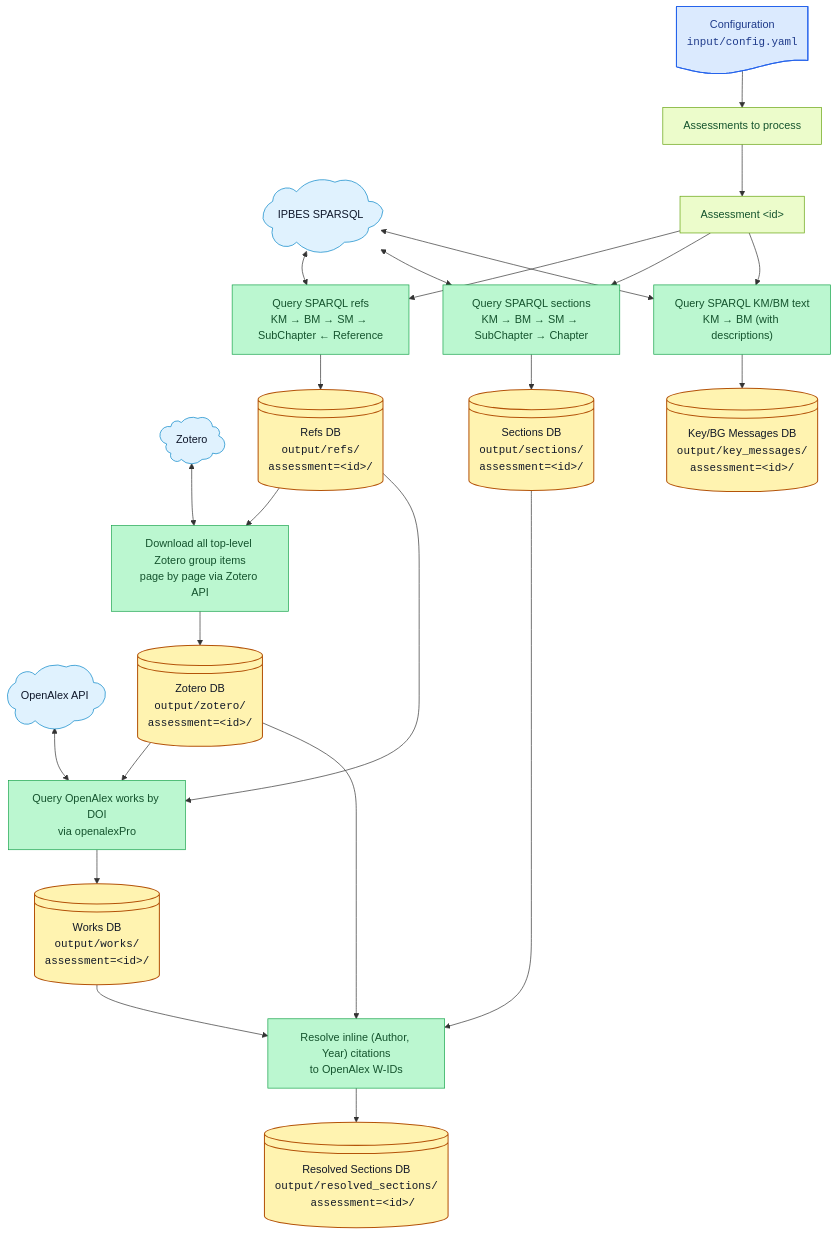
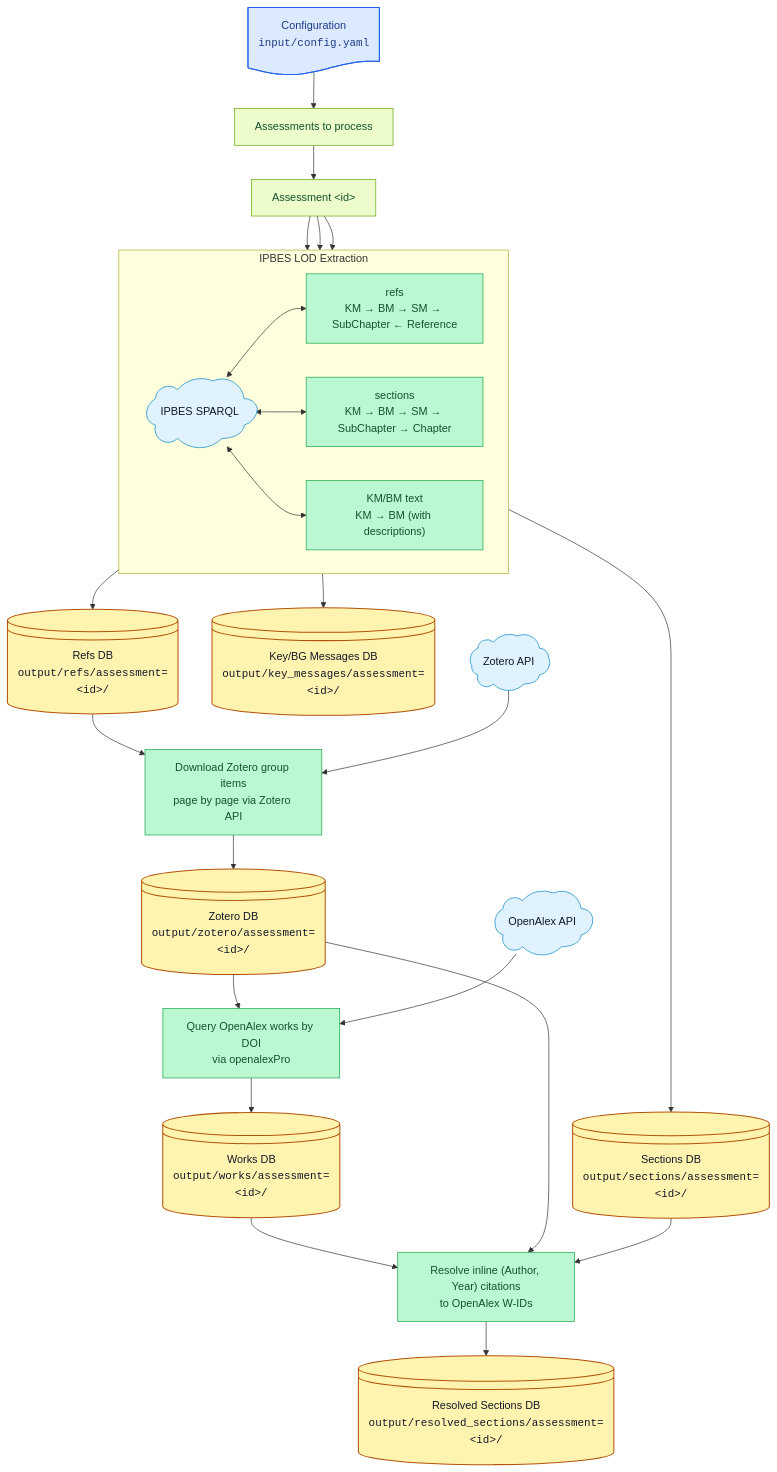
One commit to IPBES-Data/IPBES_BM_Fact_Checker changed the diagram in input/mmd/workflow.mmd. Above: the diagram before and after it, drawn with Mermaid. The commit also changed 3 other files, not shown here.

First line of the commit message:
Reorganise workflow diagram for cleaner vertical flow

```diff
--- a/input/mmd/workflow.mmd
+++ b/input/mmd/workflow.mmd
@@ -1,82 +1,54 @@
 flowchart TD
 
+  %% Configuration
+  config_file@{ shape: doc, label: "Configuration <br><tt>input/config.yaml</tt>" }
+  config_file --> assessment_list["Assessments to process"]
+  assessment_list --> assessment_id["Assessment &lt;id&gt;"]
 
-  %% External tools
-  openalex@{ shape: cloud, label: "OpenAlex API" }
-  zotero@{ shape: cloud, label: "Zotero" }
-  sparsql@{ shape: cloud, label: "IPBES SPARSQL" }  
+  %% LOD Extraction — grouped so the three parallel queries stay in one horizontal band
+  subgraph lod["IPBES LOD Extraction"]
+    direction LR
+    sparql@{ shape: cloud, label: "IPBES SPARQL" }
+    build_refs["refs<br/>KM → BM → SM → SubChapter ← Reference"]
+    build_sections["sections<br/>KM → BM → SM → SubChapter → Chapter"]
+    build_key_messages["KM/BM text<br/>KM → BM (with descriptions)"]
+    sparql <--> build_refs
+    sparql <--> build_sections
+    sparql <--> build_key_messages
+  end
 
-  %% Start
-  config_file@{ shape: doc, label: "Configuration <br><tt>input/config.yaml</tt>" }
-  assessment_list["Assessments to process"]
-  config_file --> assessment_list
+  assessment_id --> build_refs
+  assessment_id --> build_sections
+  assessment_id --> build_key_messages
 
+  build_refs        --> refs_db@{         shape: lin-cyl, label: "Refs DB<br/><tt>output/refs/assessment=&lt;id&gt;/</tt>" }
+  build_sections    --> sections_db@{     shape: lin-cyl, label: "Sections DB<br/><tt>output/sections/assessment=&lt;id&gt;/</tt>" }
+  build_key_messages --> key_messages_db@{ shape: lin-cyl, label: "Key/BG Messages DB<br/><tt>output/key_messages/assessment=&lt;id&gt;/</tt>" }
 
-  assessment_id["Assessment &lt;id&gt;"]
-  %% assessment2["Assessment &lt;id&gt;"]
+  %% Download spine
+  refs_db --> download_zotero["Download Zotero group items<br/>page by page via Zotero API"]
+  zotero_api@{ shape: cloud, label: "Zotero API" } --> download_zotero
+  download_zotero --> zotero_db@{ shape: lin-cyl, label: "Zotero DB<br/><tt>output/zotero/assessment=&lt;id&gt;/</tt>" }
 
-  assessment_list --> assessment_id
+  zotero_db --> download_works["Query OpenAlex works by DOI<br/>via openalexPro"]
+  openalex@{ shape: cloud, label: "OpenAlex API" } --> download_works
+  download_works --> works_db@{ shape: lin-cyl, label: "Works DB<br/><tt>output/works/assessment=&lt;id&gt;/</tt>" }
 
-  %% build refs
-  build_refs["Query SPARQL refs<br/>KM → BM → SM → SubChapter ← Reference"]
-  assessment_id --> build_refs
-  sparsql <--> build_refs
-  refs_db@{ shape: lin-cyl, label: "Refs DB<br/><tt>output/refs/</tt><br/><tt>  assessment=&lt;id&gt;/</tt>" }
-  build_refs --> refs_db
+  %% Resolution
+  works_db    --> resolve_citations["Resolve inline (Author, Year) citations<br/>to OpenAlex W-IDs"]
+  zotero_db   --> resolve_citations
+  sections_db --> resolve_citations
+  resolve_citations --> resolved_sections_db@{ shape: lin-cyl, label: "Resolved Sections DB<br/><tt>output/resolved_sections/assessment=&lt;id&gt;/</tt>" }
 
-  %% build sections
-  build_sections["Query SPARQL sections<br/>KM → BM → SM → SubChapter → Chapter"]
-  assessment_id --> build_sections
-  sparsql <--> build_sections
-  sections_db@{ shape: lin-cyl, label: "Sections DB<br/><tt>output/sections/</tt><br/><tt>  assessment=&lt;id&gt;/</tt>" }
-  build_sections --> sections_db
-
-  %% build key/background messages
-  build_key_messages["Query SPARQL KM/BM text<br/>KM → BM (with descriptions)"]
-  assessment_id --> build_key_messages
-  sparsql <--> build_key_messages
-  key_messages_db@{ shape: lin-cyl, label: "Key/BG Messages DB<br/><tt>output/key_messages/</tt><br/><tt>  assessment=&lt;id&gt;/</tt>" }
-  build_key_messages --> key_messages_db
-
-  %% subgraph dbs[Databases]
-  %% end
-  %% Stage 2 — databases (hive-partitioned by assessment)
-
-  %% Zotero
-  download_zotero["Download all top-level Zotero group items<br/>page by page via Zotero API"]
-  refs_db --> download_zotero
-  zotero <--> download_zotero
-  zotero_db@{ shape: lin-cyl, label: "Zotero DB<br/><tt>output/zotero/</tt><br/><tt>  assessment=&lt;id&gt;/</tt>" }
-  download_zotero --> zotero_db
-
-  %% OpenAlex / works
-  download_works["Query OpenAlex works by DOI<br/>via openalexPro"]
-  zotero_db --> download_works
-  refs_db --> download_works
-  openalex <--> download_works
-  works_db@{ shape: lin-cyl, label: "Works DB<br/><tt>output/works/</tt><br/><tt>  assessment=&lt;id&gt;/</tt>" }
-  download_works --> works_db
-
-  %% Stage 3 — databases (hive-partitioned by assessment)
-
-  %% Stage 4 — processing
-  resolve_citations["Resolve inline (Author, Year) citations<br/>to OpenAlex W-IDs"]
-  sections_db --> resolve_citations
-  works_db --> resolve_citations
-  zotero_db --> resolve_citations
-  resolved_sections_db@{ shape: lin-cyl, label: "Resolved Sections DB<br/><tt>output/resolved_sections/</tt><br/><tt>  assessment=&lt;id&gt;/</tt>" }
-  resolve_citations --> resolved_sections_db
-
-
-  classDef input_file fill:#dbeafe,stroke:#2563eb,color:#1e3a8a,stroke-width:1.5px;
-  classDef file fill:#fff3b0,stroke:#b45309,color:#111827,stroke-width:1.5px;
-  classDef database fill:#fff3b0,stroke:#b45309,color:#111827,stroke-width:1.5px;
-  classDef processing fill:#bbf7d0,stroke:#16a34a,color:#14532d,stroke-width:1px;
-  classDef helper fill:#e0f2fe,stroke:#0284c7,color:#0f172a,stroke-width:1px;
-  classDef config fill:#ecfccb,stroke:#65a30d,color:#14532d,stroke-width:1px;
+  %% Styles
+  classDef input_file  fill:#dbeafe,stroke:#2563eb,color:#1e3a8a,stroke-width:1.5px;
+  classDef config      fill:#ecfccb,stroke:#65a30d,color:#14532d,stroke-width:1px;
+  classDef database    fill:#fff3b0,stroke:#b45309,color:#111827,stroke-width:1.5px;
+  classDef processing  fill:#bbf7d0,stroke:#16a34a,color:#14532d,stroke-width:1px;
+  classDef helper      fill:#e0f2fe,stroke:#0284c7,color:#0f172a,stroke-width:1px;
 
   class config_file input_file;
-  class config,assessment_list,assessment_id, config;
+  class assessment_list,assessment_id config;
   class refs_db,sections_db,key_messages_db,zotero_db,works_db,resolved_sections_db database;
   class build_refs,build_sections,build_key_messages,download_zotero,download_works,resolve_citations processing;
-  class openalex,zotero,sparsql helper;
+  class sparql,zotero_api,openalex helper;
```
